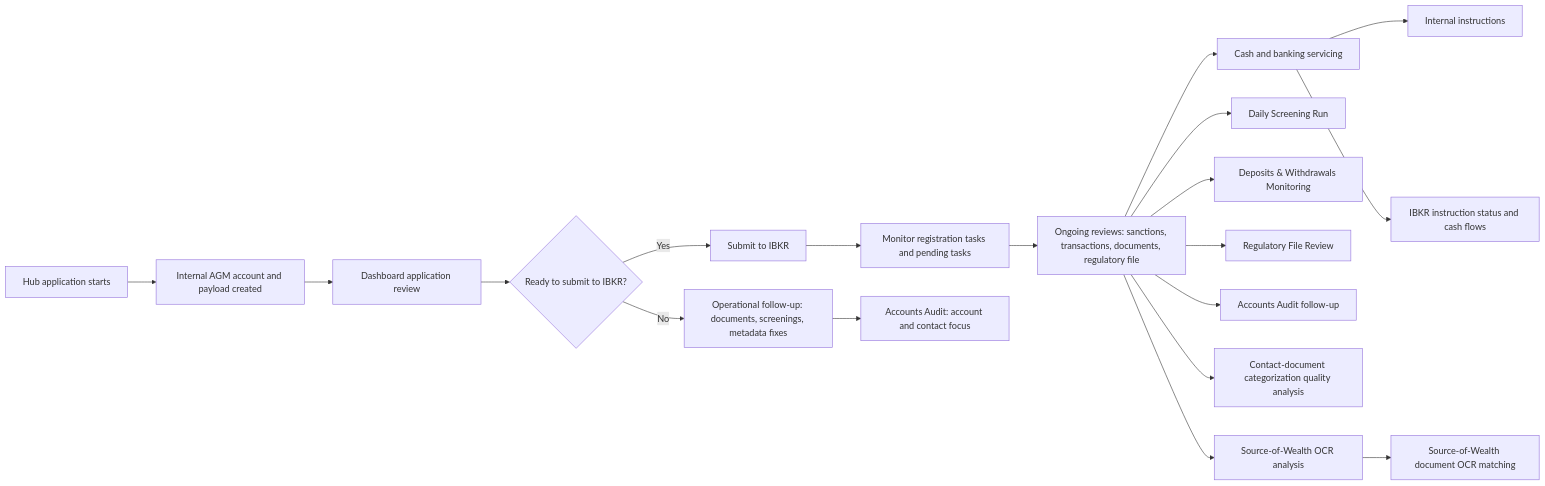
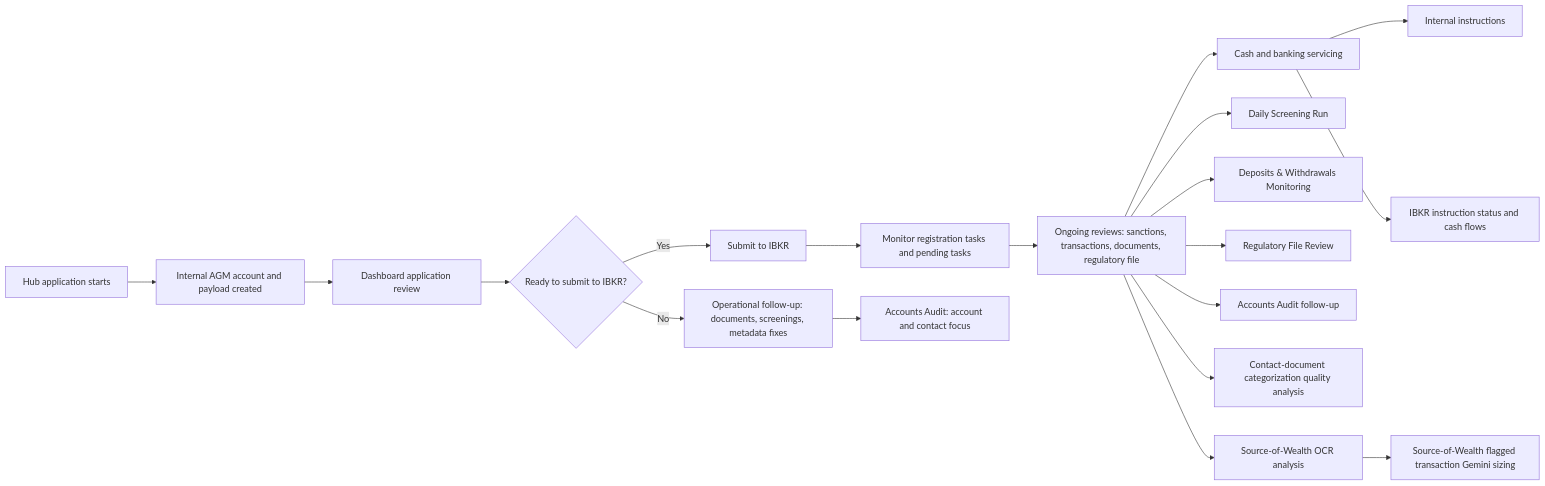
One commit to agmtrader/compliance changed the diagram in processes/README.md. Above: the diagram before and after it, drawn with Mermaid. The commit also changed 5 other files, not shown here.

Commit message:
Enhance Accounts Audit review process with profile-document support fields, update documentation for clarity, and refine Source of Wealth analysis workflows to include account and transaction analysis.

````diff
--- a/processes/README.md
+++ b/processes/README.md
@@ -21,22 +21,22 @@
 ```mermaid
 flowchart LR
     A["Hub application starts"] --> B["Internal AGM account and payload created"]
     B --> C["Dashboard application review"]
     C --> D{"Ready to submit to IBKR?"}
     D -- "No" --> E["Operational follow-up: documents, screenings, metadata fixes"]
     D -- "Yes" --> F["Submit to IBKR"]
     F --> G["Monitor registration tasks and pending tasks"]
     G --> H["Ongoing reviews: sanctions, transactions, documents, regulatory file"]
     H --> I["Cash and banking servicing"]
 
     E --> E1["Accounts Audit: account and contact focus"]
     H --> H1["Daily Screening Run"]
     H --> H2["Deposits & Withdrawals Monitoring"]
     H --> H3["Regulatory File Review"]
     H --> H4["Accounts Audit follow-up"]
     H --> H5["Contact-document categorization quality analysis"]
     H --> H6["Source-of-Wealth OCR analysis"]
-    H6 --> H7["Source-of-Wealth document OCR matching"]
+    H6 --> H7["Source-of-Wealth flagged transaction Gemini sizing"]
     I --> I1["Internal instructions"]
     I --> I2["IBKR instruction status and cash flows"]
 ```
````
